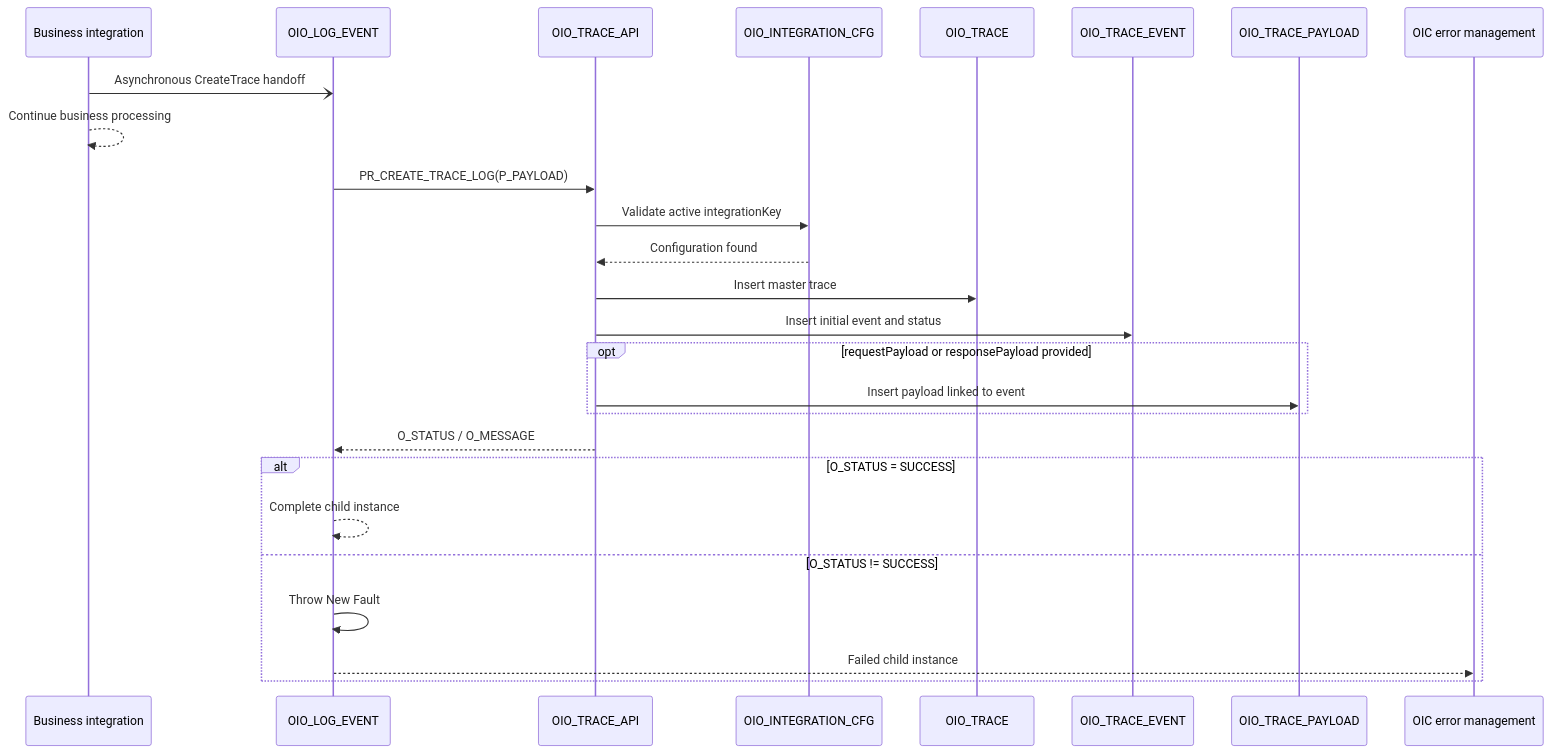
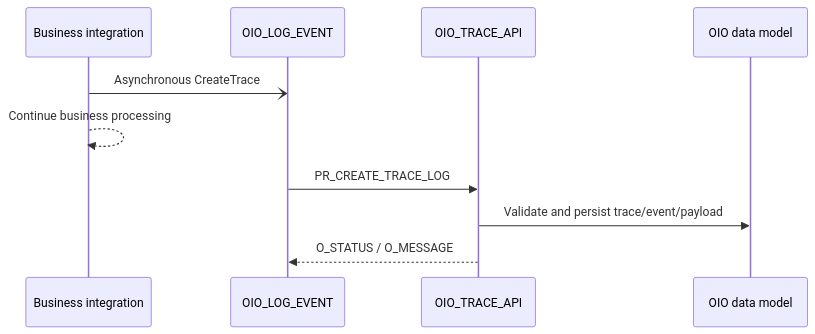
Before and after one commit to lucianosilva/oracle-integration-observability: the second of 4 diagrams in docs/architecture.md, drawn with Mermaid. The commit also changed other lines of this file and 4 other files, not shown here.

````diff
--- a/docs/architecture.md
+++ b/docs/architecture.md
@@ -236,29 +95,13 @@
 ```mermaid
 sequenceDiagram
     participant Parent as Business integration
     participant Logger as OIO_LOG_EVENT
     participant API as OIO_TRACE_API
-    participant CFG as OIO_INTEGRATION_CFG
-    participant TRC as OIO_TRACE
-    participant EVT as OIO_TRACE_EVENT
-    participant PAY as OIO_TRACE_PAYLOAD
-    participant EM as OIC error management
+    participant DB as OIO data model
 
-    Parent-)Logger: Asynchronous CreateTrace handoff
+    Parent-)Logger: Asynchronous CreateTrace
     Parent-->>Parent: Continue business processing
-    Logger->>API: PR_CREATE_TRACE_LOG(P_PAYLOAD)
-    API->>CFG: Validate active integrationKey
-    CFG-->>API: Configuration found
-    API->>TRC: Insert master trace
-    API->>EVT: Insert initial event and status
-    opt requestPayload or responsePayload provided
-        API->>PAY: Insert payload linked to event
-    end
+    Logger->>API: PR_CREATE_TRACE_LOG
+    API->>DB: Validate and persist trace/event/payload
     API-->>Logger: O_STATUS / O_MESSAGE
-    alt O_STATUS = SUCCESS
-        Logger-->>Logger: Complete child instance
-    else O_STATUS != SUCCESS
-        Logger->>Logger: Throw New Fault
-        Logger-->>EM: Failed child instance
-    end
 ```
````
